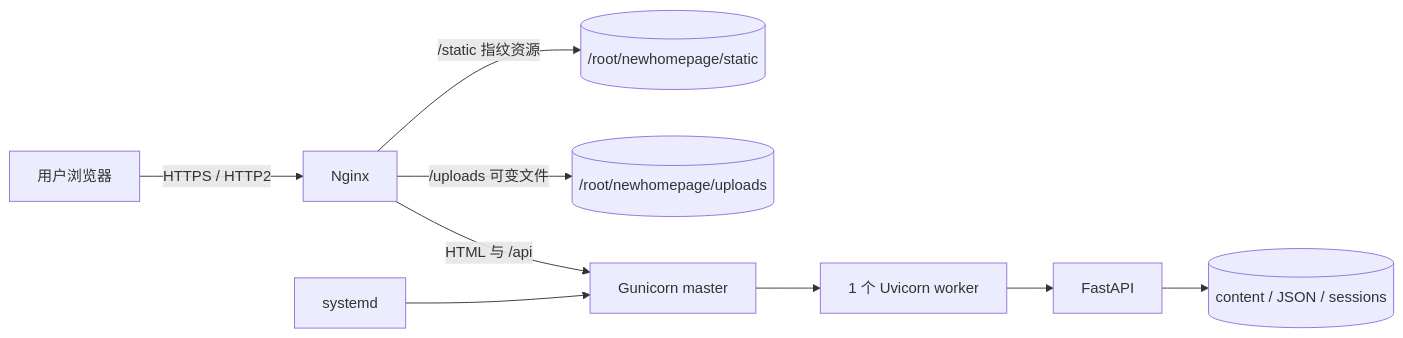
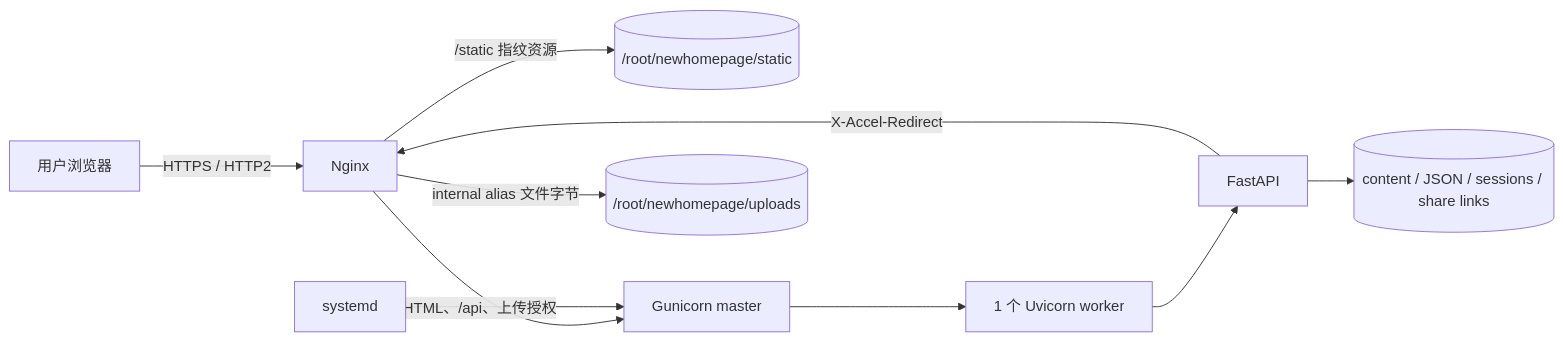
One commit to ForeverHYX/Homepage changed the diagram in docs/DEPLOYMENT.md. Above: the diagram before and after it, drawn with Mermaid. The commit also changed other lines of this file and 33 other files, not shown here.

Commit message:
security: enforce private uploads with share links

````diff
--- a/docs/DEPLOYMENT.md
+++ b/docs/DEPLOYMENT.md
@@ -7,11 +7,12 @@
 ```mermaid
 flowchart LR
     User[用户浏览器] -->|HTTPS / HTTP2| Nginx[Nginx]
     Nginx -->|/static 指纹资源| Static[(/root/newhomepage/static)]
-    Nginx -->|/uploads 可变文件| Uploads[(/root/newhomepage/uploads)]
-    Nginx -->|HTML 与 /api| Gunicorn[Gunicorn master]
+    Nginx -->|HTML、/api、上传授权| Gunicorn[Gunicorn master]
     Gunicorn --> Worker[1 个 Uvicorn worker]
     Worker --> App[FastAPI]
-    App --> Content[(content / JSON / sessions)]
+    App -->|X-Accel-Redirect| Nginx
+    Nginx -->|internal alias 文件字节| Uploads[(/root/newhomepage/uploads)]
+    App --> Content[(content / JSON / sessions / share links)]
     Systemd[systemd] --> Gunicorn
 ```
````
